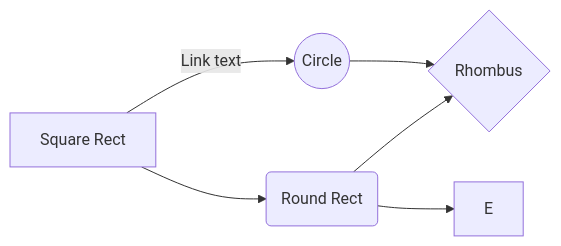
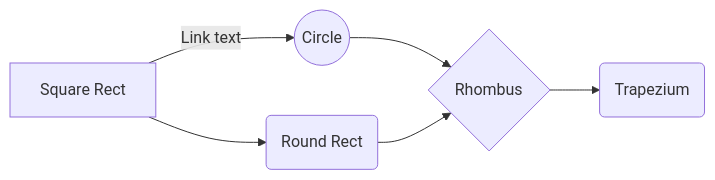
One commit to drshahizan/learn-github changed the second of 2 diagrams in exercise/ChristineNies/readme.md. Above: the diagram before and after it, drawn with Mermaid.

````diff
--- a/exercise/ChristineNies/readme.md
+++ b/exercise/ChristineNies/readme.md
@@ -64,8 +64,8 @@
 ```mermaid
 graph LR
 A[Square Rect] -- Link text --> B((Circle))
 A --> C(Round Rect)
 B --> D{Rhombus}
 C --> D
-C --> E
+D --> E(Trapezium)
 ```
````
